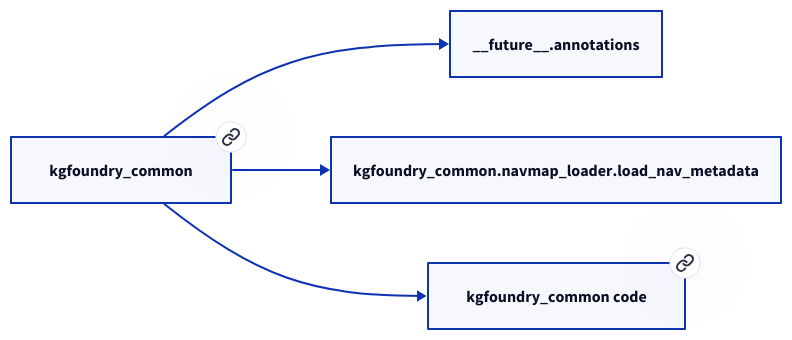
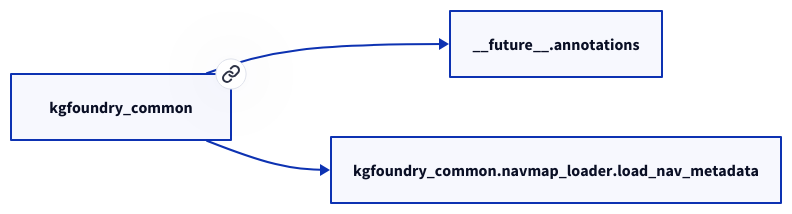
Before and after one commit to paul-heyse/kgforge: the diagram in docs/modules/kgfoundry_common.md, drawn with D2. The commit also changed other lines of this file and 118 other files, not shown here.

````diff
--- a/docs/modules/kgfoundry_common.md
+++ b/docs/modules/kgfoundry_common.md
@@ -17,10 +15,8 @@
 ```d2
 direction: right
-"kgfoundry_common": "kgfoundry_common" { link: "./kgfoundry_common.md" }
+"kgfoundry_common": "kgfoundry_common" { link: "kgfoundry_common.md" }
 "__future__.annotations": "__future__.annotations"
 "kgfoundry_common" -> "__future__.annotations"
 "kgfoundry_common.navmap_loader.load_nav_metadata": "kgfoundry_common.navmap_loader.load_nav_metadata"
 "kgfoundry_common" -> "kgfoundry_common.navmap_loader.load_nav_metadata"
-"kgfoundry_common_code": "kgfoundry_common code" { link: "https://github.com/kgfoundry/kgfoundry/blob/main/src/kgfoundry_common/__init__.py" }
-"kgfoundry_common" -> "kgfoundry_common_code" { style: dashed }
 ```
````
